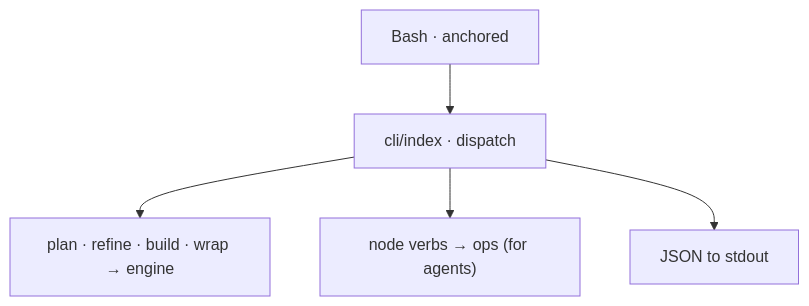
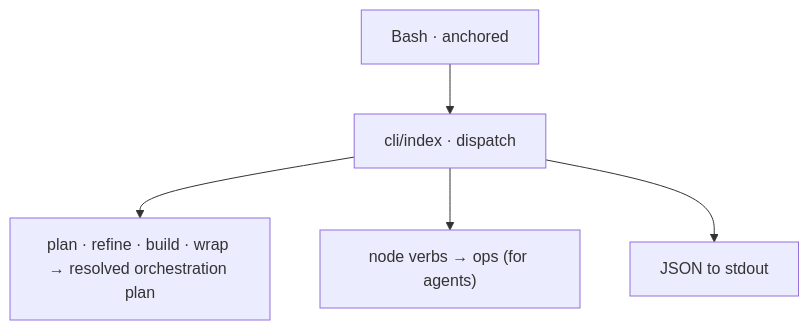
One commit to chafoo/anchored changed the diagram in docs/core/cli/_cli.md. Above: the diagram before and after it, drawn with Mermaid. The commit also changed 18 other files, not shown here.

First line of the commit message:
docs(remove-headless-engine-path): sync docs (wrap)

````diff
--- a/docs/core/cli/_cli.md
+++ b/docs/core/cli/_cli.md
@@ -8,7 +8,7 @@
 ```mermaid
 flowchart TB
     bash["Bash · anchored <verb>"] --> disp["cli/index · dispatch"]
-    disp --> stage["plan · refine · build · wrap → engine"]
+    disp --> stage["plan · refine · build · wrap → resolved orchestration plan"]
     disp --> node["node verbs → ops (for agents)"]
     disp --> json["JSON to stdout"]
 ```
````
